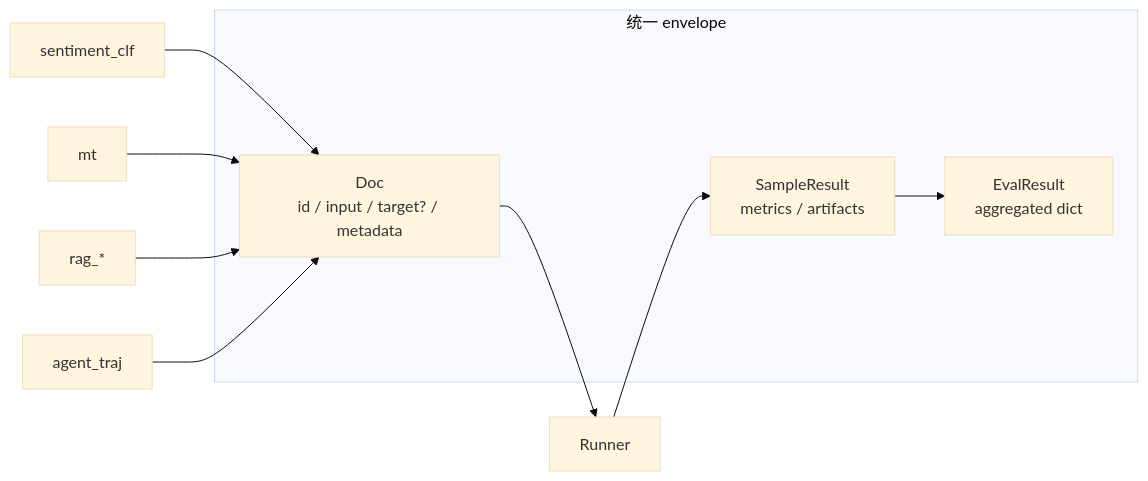
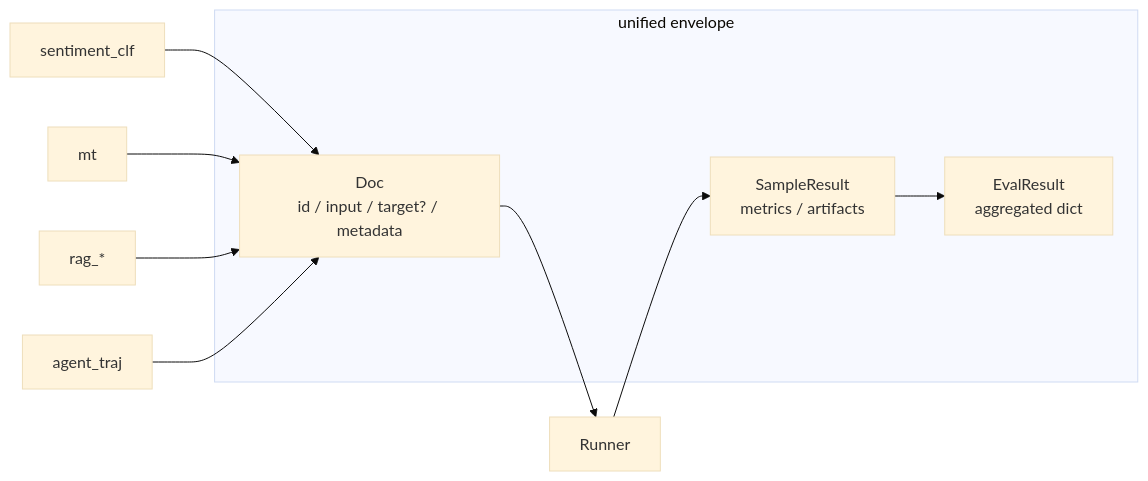
The first of 10 diagrams in play/evals/DECISIONS.md (AndyUneducated/alchemy), drawn with Mermaid (base theme) before and after one commit. The commit also changed other lines of this file and 197 other files, not shown here.

````diff
--- a/play/evals/DECISIONS.md
+++ b/play/evals/DECISIONS.md
@@ -26,14 +26,14 @@
 ```mermaid
 flowchart LR
-    subgraph Envelope[统一 envelope]
+    subgraph Envelope[unified envelope]
         D[Doc<br/>id / input / target? / metadata]
         S[SampleResult<br/>metrics / artifacts]
         E[EvalResult<br/>aggregated dict]
     end
     T1[sentiment_clf] --> D
     T2[mt] --> D
     T3[rag_*] --> D
     T4[agent_traj] --> D
     D --> R[Runner]
     R --> S --> E
 ```
````
